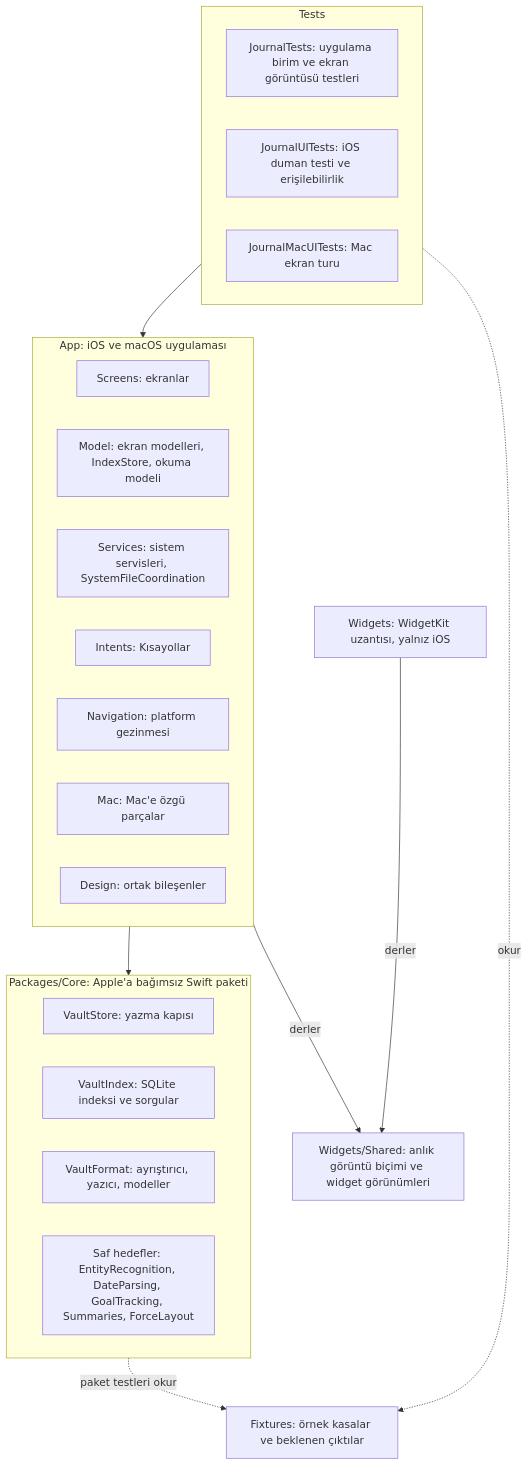
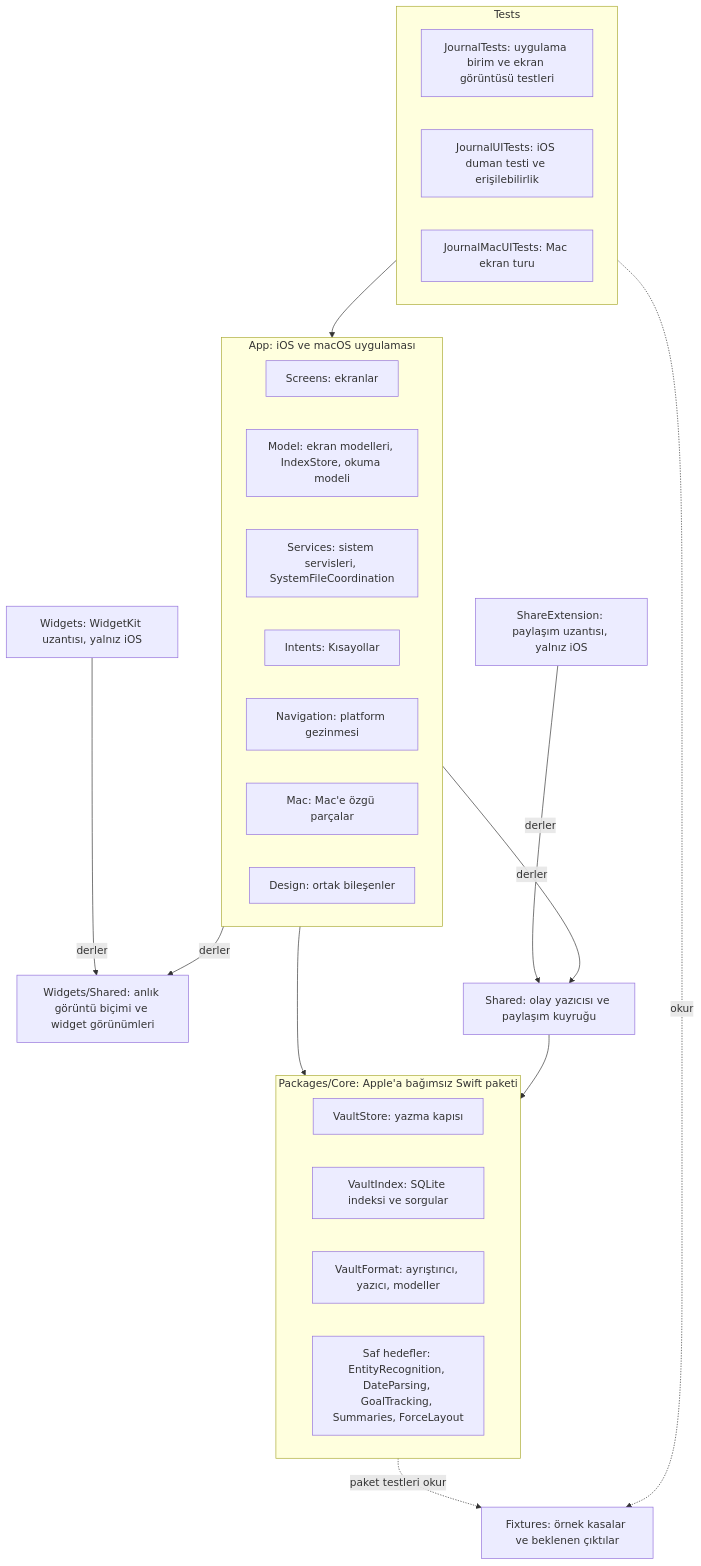
One commit to dogancanyildiz/kenet changed the first of 21 diagrams in docs/architecture.md. Above: the diagram before and after it, drawn with Mermaid. The commit also changed other lines of this file and 27 other files, not shown here.

Commit message:
feat: paylaşım uzantısı: iCloud kasasına doğrudan, yerelde kuyrukla olay ekleme (#324)

````diff
--- a/docs/architecture.md
+++ b/docs/architecture.md
@@ -35,32 +36,37 @@
 ```mermaid
 flowchart TD
   subgraph AppKatmani["App: iOS ve macOS uygulaması"]
     Screens["Screens: ekranlar"]
     Model["Model: ekran modelleri, IndexStore, okuma modeli"]
     Services["Services: sistem servisleri, SystemFileCoordination"]
     Intents["Intents: Kısayollar"]
     Navigation["Navigation: platform gezinmesi"]
     Mac["Mac: Mac'e özgü parçalar"]
     Design["Design: ortak bileşenler"]
   end
   subgraph CoreKatmani["Packages/Core: Apple'a bağımsız Swift paketi"]
     VaultStore["VaultStore: yazma kapısı"]
     VaultIndex["VaultIndex: SQLite indeksi ve sorgular"]
     VaultFormat["VaultFormat: ayrıştırıcı, yazıcı, modeller"]
     Saf["Saf hedefler: EntityRecognition, DateParsing, GoalTracking, Summaries, ForceLayout"]
   end
   Fixtures["Fixtures: örnek kasalar ve beklenen çıktılar"]
   subgraph TestKatmani["Tests"]
     JournalTests["JournalTests: uygulama birim ve ekran görüntüsü testleri"]
     JournalUITests["JournalUITests: iOS duman testi ve erişilebilirlik"]
     JournalMacUITests["JournalMacUITests: Mac ekran turu"]
   end
   Widgets["Widgets: WidgetKit uzantısı, yalnız iOS"]
   Shared["Widgets/Shared: anlık görüntü biçimi ve widget görünümleri"]
+  ShareExt["ShareExtension: paylaşım uzantısı, yalnız iOS"]
+  EntryWriting["Shared: olay yazıcısı ve paylaşım kuyruğu"]
   AppKatmani --> CoreKatmani
   AppKatmani -- derler --> Shared
   Widgets -- derler --> Shared
+  AppKatmani -- derler --> EntryWriting
+  ShareExt -- derler --> EntryWriting
+  EntryWriting --> CoreKatmani
   TestKatmani --> AppKatmani
   CoreKatmani -. paket testleri okur .-> Fixtures
   TestKatmani -. okur .-> Fixtures
 ```
````
